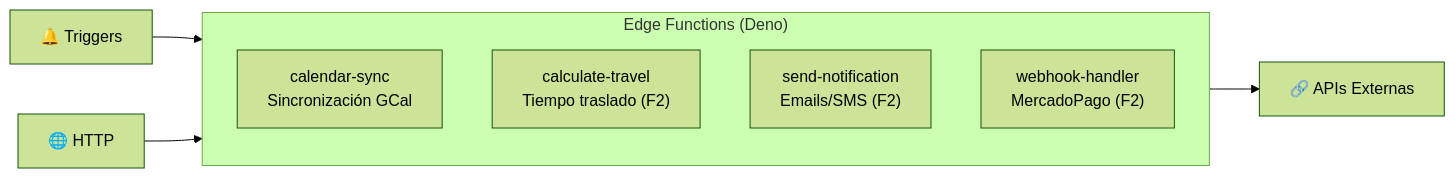
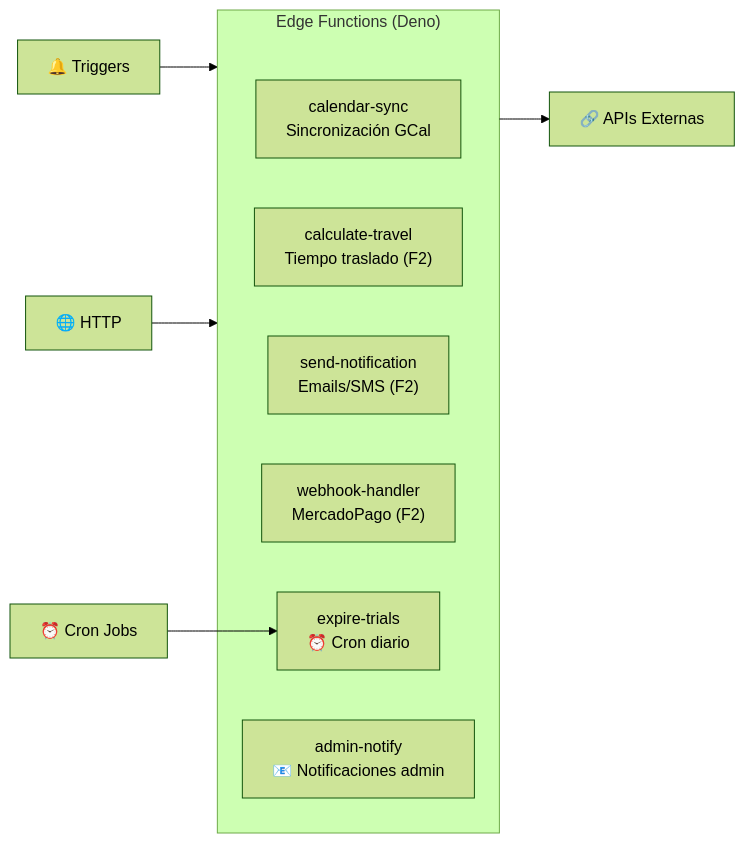
Before and after one commit to rcontreras1337/TimeFlowPro: the ninth of 19 diagrams in Documentacion/2-ArquitecturaSistema.md, drawn with Mermaid (forest theme). The commit also changed other lines of this file and 3 other files, not shown here.

````diff
--- a/Documentacion/2-ArquitecturaSistema.md
+++ b/Documentacion/2-ArquitecturaSistema.md
@@ -436,13 +436,16 @@
 ```mermaid
 flowchart LR
     subgraph EdgeFunctions["Edge Functions (Deno)"]
         Sync["calendar-sync<br/>Sincronización GCal"]
         Travel["calculate-travel<br/>Tiempo traslado (F2)"]
         Notify["send-notification<br/>Emails/SMS (F2)"]
         Webhook["webhook-handler<br/>MercadoPago (F2)"]
+        ExpireTrials["expire-trials<br/>⏰ Cron diario"]
+        AdminNotify["admin-notify<br/>📧 Notificaciones admin"]
     end
 
     Trigger["🔔 Triggers"] --> EdgeFunctions
     API["🌐 HTTP"] --> EdgeFunctions
+    Cron["⏰ Cron Jobs"] --> ExpireTrials
     EdgeFunctions --> External["🔗 APIs Externas"]
 ```
````
